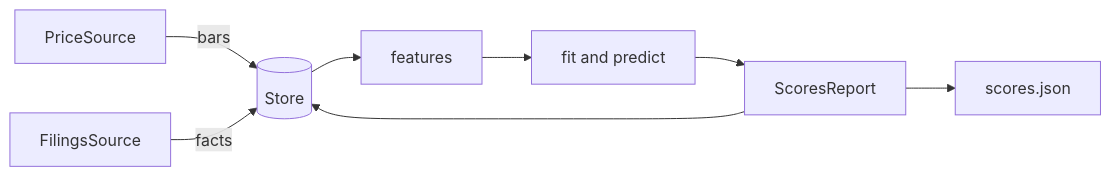
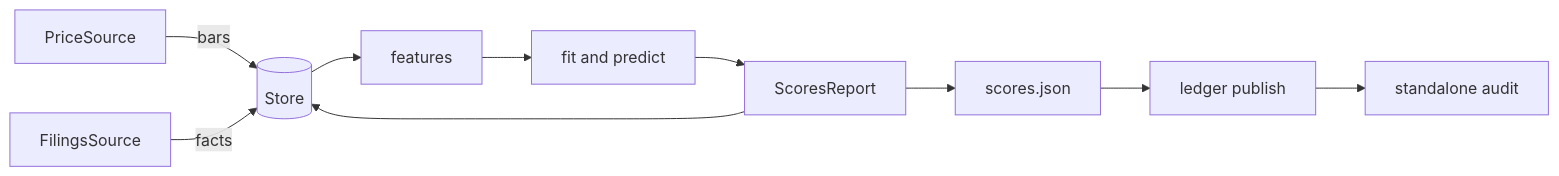
The diagram in docs/ARCHITECTURE.md (totallynotdavid/equity-analysis), drawn with Mermaid before and after one commit. The commit also changed other lines of this file and 4 other files, not shown here.

````diff
--- a/docs/ARCHITECTURE.md
+++ b/docs/ARCHITECTURE.md
@@ -32,10 +33,12 @@
 ```mermaid
 flowchart LR
     P[PriceSource] -->|bars| S[(Store)]
     F[FilingsSource] -->|facts| S
     S --> X[features]
     X --> M[fit and predict]
     M --> R[ScoresReport]
     R --> S
     R --> J[scores.json]
+    J --> L[ledger publish]
+    L --> A[standalone audit]
 ```
````
